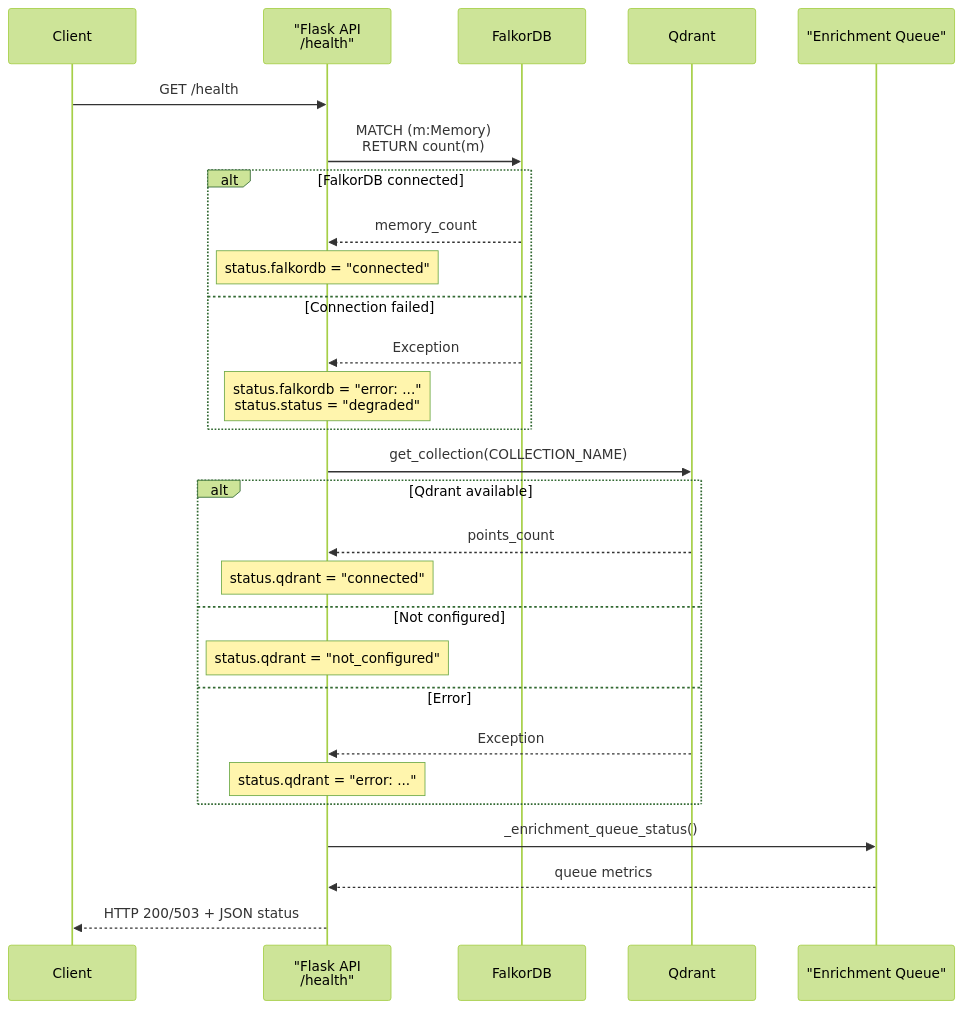
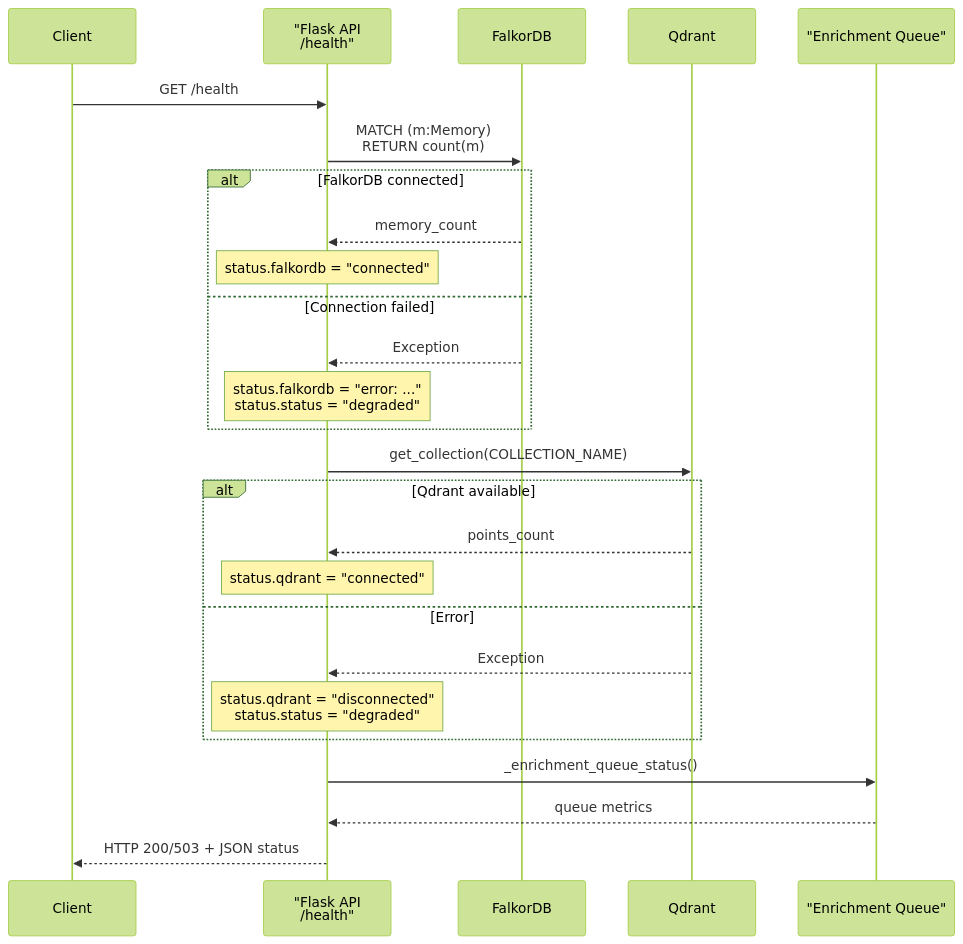
The first of 4 diagrams in src/content/docs/docs/reference/api/health.md (verygoodplugins/automem-website), drawn with Mermaid (forest theme) before and after one commit. The commit also changed other lines of this file and 48 other files, not shown here.

````diff
--- a/src/content/docs/docs/reference/api/health.md
+++ b/src/content/docs/docs/reference/api/health.md
@@ -38,35 +38,33 @@
 ```mermaid
 sequenceDiagram
     participant Client
     participant Flask as "Flask API<br/>/health"
     participant FalkorDB
     participant Qdrant
     participant EnrichmentQ as "Enrichment Queue"
 
     Client->>Flask: GET /health
 
     Flask->>FalkorDB: MATCH (m:Memory)<br/>RETURN count(m)
     alt FalkorDB connected
         FalkorDB-->>Flask: memory_count
         Note over Flask: status.falkordb = "connected"
     else Connection failed
         FalkorDB-->>Flask: Exception
         Note over Flask: status.falkordb = "error: ..."<br/>status.status = "degraded"
     end
 
     Flask->>Qdrant: get_collection(COLLECTION_NAME)
     alt Qdrant available
         Qdrant-->>Flask: points_count
         Note over Flask: status.qdrant = "connected"
-    else Not configured
-        Note over Flask: status.qdrant = "not_configured"
     else Error
         Qdrant-->>Flask: Exception
-        Note over Flask: status.qdrant = "error: ..."
+        Note over Flask: status.qdrant = "disconnected"<br/>status.status = "degraded"
     end
 
     Flask->>EnrichmentQ: _enrichment_queue_status()
     EnrichmentQ-->>Flask: queue metrics
 
     Flask-->>Client: HTTP 200/503 + JSON status
 ```
````
